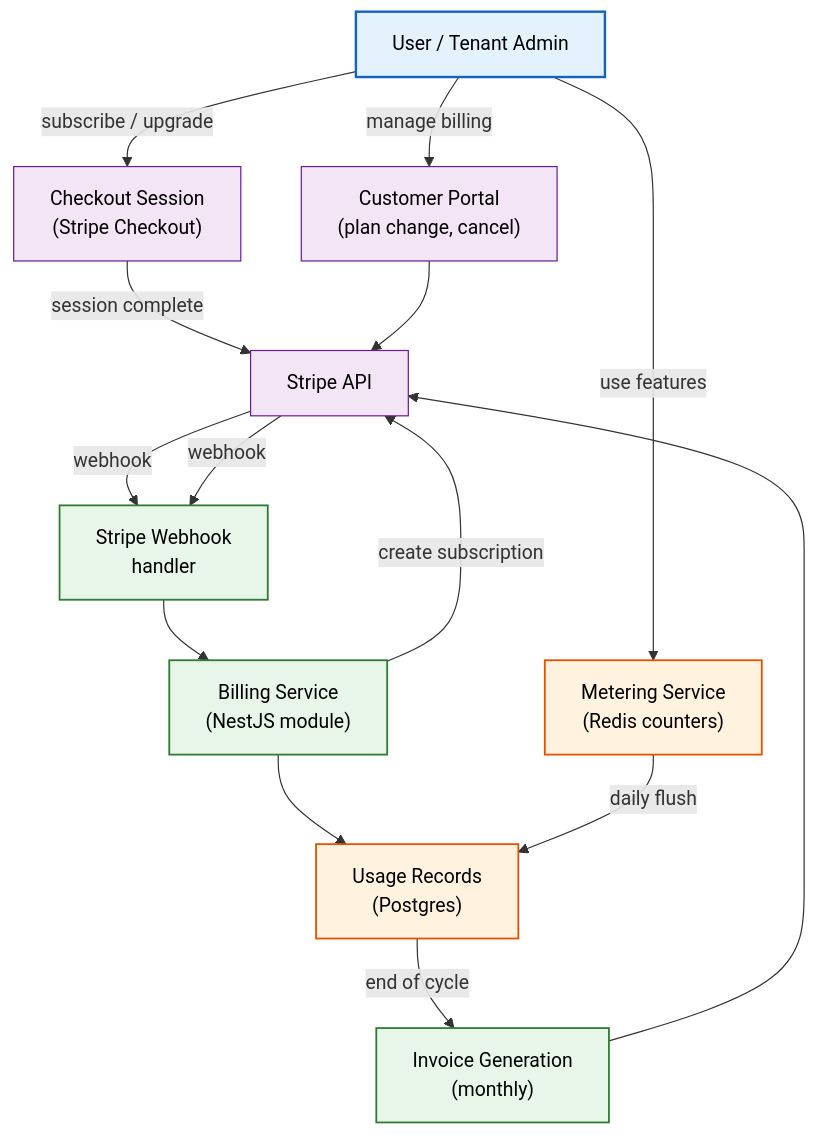
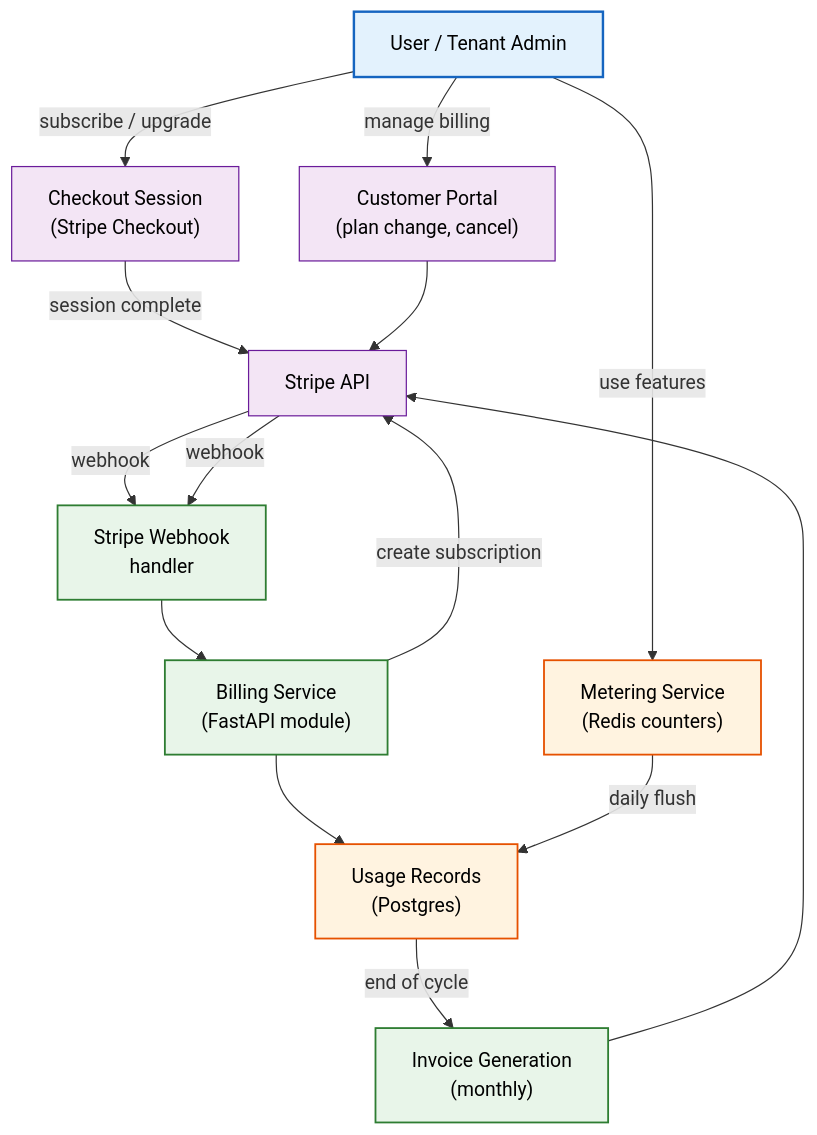
The first of 3 diagrams in docs/enterprise/Billing.md (Driftloom/Vaeloom), drawn with Mermaid before and after one commit. The commit also changed other lines of this file and 159 other files, not shown here.

````diff
--- a/docs/enterprise/Billing.md
+++ b/docs/enterprise/Billing.md
@@ -45,33 +58,33 @@
 ```mermaid
 graph TD
     classDef user fill:#e3f2fd,stroke:#1565c0,color:#000,stroke-width:2px
     classDef billing fill:#e8f5e9,stroke:#2e7d32,color:#000,stroke-width:1.5px
     classDef meter fill:#fff3e0,stroke:#e65100,color:#000,stroke-width:1.5px
     classDef external fill:#f3e5f5,stroke:#6a1b9a,color:#000,stroke-width:1px
 
     USR["User / Tenant Admin"]:::user
     CHECKOUT["Checkout Session<br/>(Stripe Checkout)"]:::external
     WEBHOOK["Stripe Webhook<br/>handler"]:::billing
-    BILLING_SVC["Billing Service<br/>(NestJS module)"]:::billing
+    BILLING_SVC["Billing Service<br/>(FastAPI module)"]:::billing
     METER["Metering Service<br/>(Redis counters)"]:::meter
     USAGE_DB["Usage Records<br/>(Postgres)"]:::meter
     STRIPE["Stripe API"]:::external
     INVOICE["Invoice Generation<br/>(monthly)"]:::billing
     PORTAL["Customer Portal<br/>(plan change, cancel)"]:::external
 
     USR -->|"subscribe / upgrade"| CHECKOUT
     CHECKOUT -->|"session complete"| STRIPE
     STRIPE -->|"webhook"| WEBHOOK
     WEBHOOK --> BILLING_SVC
     BILLING_SVC --> USAGE_DB
     BILLING_SVC -->|"create subscription"| STRIPE
 
     USR -->|"use features"| METER
     METER -->|"daily flush"| USAGE_DB
     USAGE_DB -->|"end of cycle"| INVOICE
     INVOICE --> STRIPE
 
     USR -->|"manage billing"| PORTAL
     PORTAL --> STRIPE
     STRIPE -->|"webhook"| WEBHOOK
 ```
````
